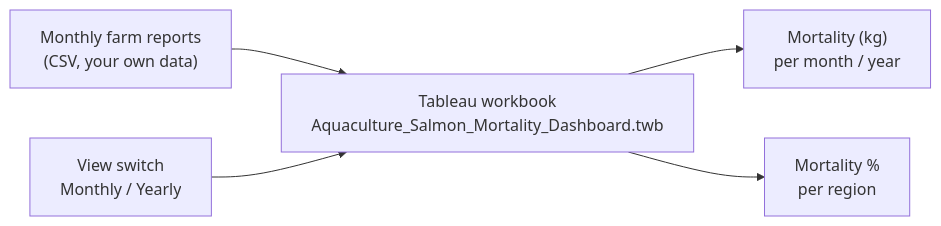
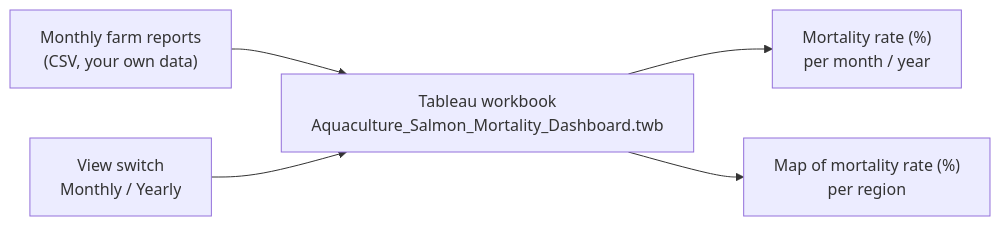
Before and after one commit to sabanoor8867/Aquaculture-Salmon-Mortality-Dashboard: the diagram in README.md, drawn with Mermaid. The commit also changed other lines of this file and 2 other files, not shown here.

````diff
--- a/README.md
+++ b/README.md
@@ -28,7 +26,7 @@
 ```mermaid
 flowchart LR
     CSV["Monthly farm reports<br/>(CSV, your own data)"] --> TW["Tableau workbook<br/>Aquaculture_Salmon_Mortality_Dashboard.twb"]
     P["View switch<br/>Monthly / Yearly"] --> TW
-    TW --> K["Mortality (kg)<br/>per month / year"]
-    TW --> R["Mortality %<br/>per region"]
+    TW --> K["Mortality rate (%)<br/>per month / year"]
+    TW --> R["Map of mortality rate (%)<br/>per region"]
 ```
````
